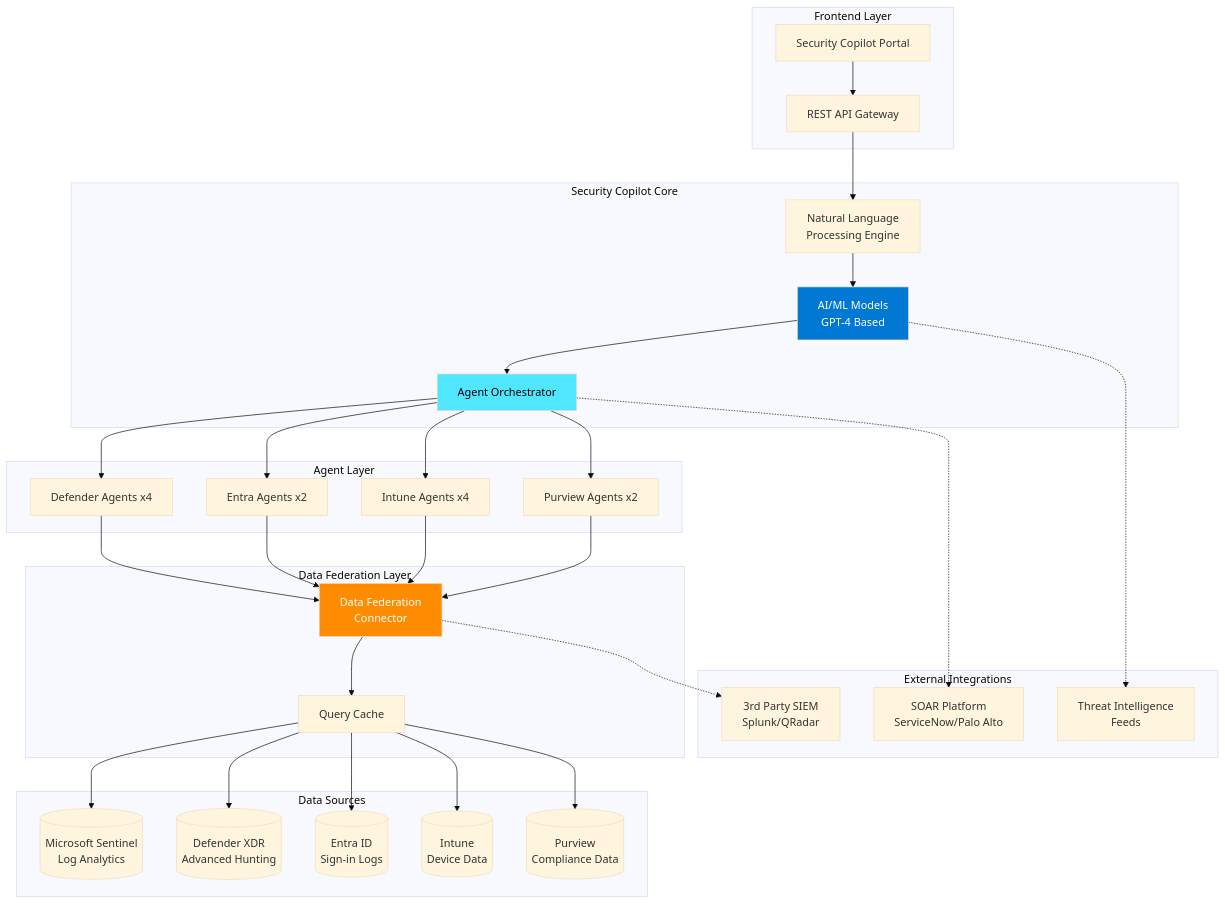
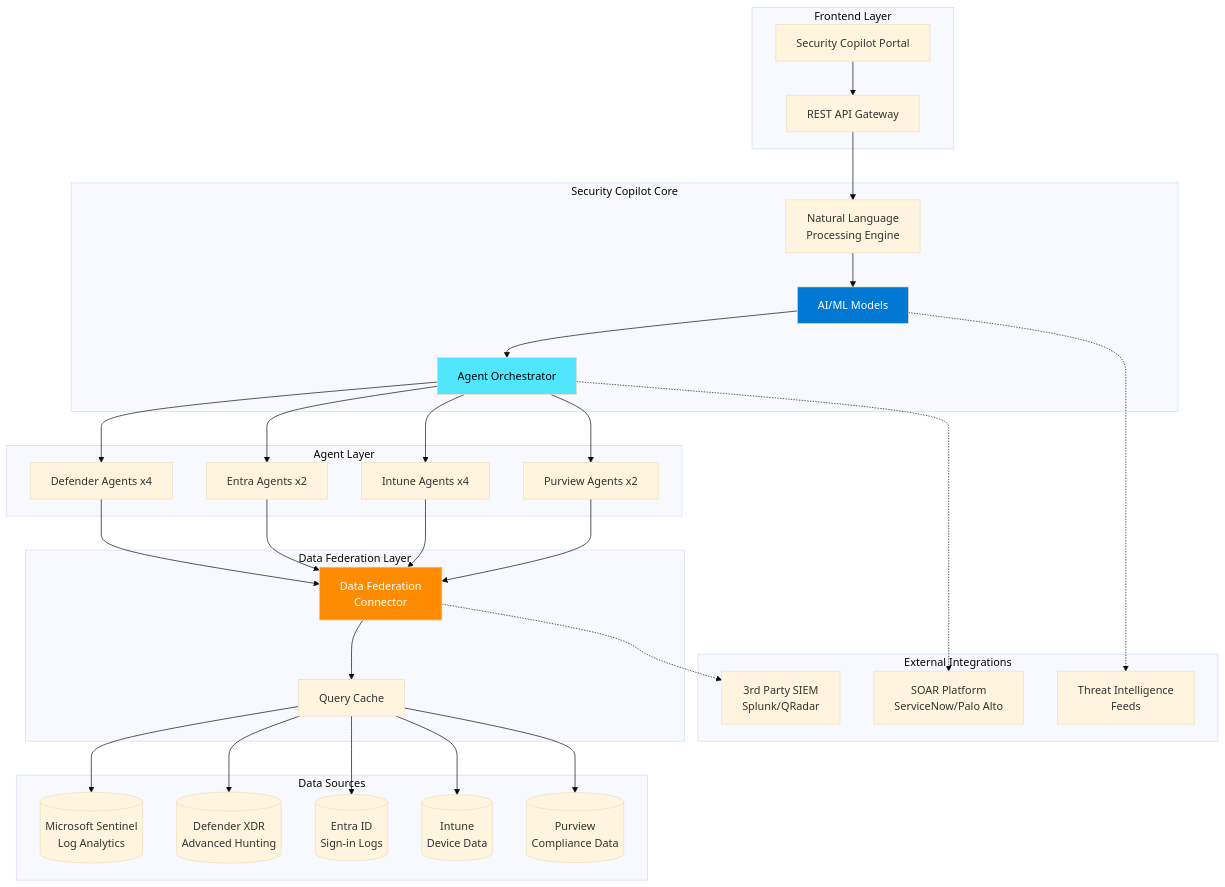
The fourth of 5 diagrams in Demo/dsfs1.md (RakeshPrasad21/Rakesh-Prasad), drawn with Mermaid (base theme) before and after one commit. The commit also changed other lines of this file, not shown here.

````diff
--- a/Demo/dsfs1.md
+++ b/Demo/dsfs1.md
@@ -304,69 +304,69 @@
 ```mermaid
 graph TB
     subgraph "Frontend Layer"
         UI[Security Copilot Portal]
         API[REST API Gateway]
     end
     
     subgraph "Security Copilot Core"
         NLP[Natural Language<br/>Processing Engine]
-        AI[AI/ML Models<br/>GPT-4 Based]
+        AI[AI/ML Models]
         ORCHESTRATOR[Agent Orchestrator]
     end
     
     subgraph "Agent Layer"
         DEFENDER_AGENTS[Defender Agents x4]
         ENTRA_AGENTS[Entra Agents x2]
         INTUNE_AGENTS[Intune Agents x4]
         PURVIEW_AGENTS[Purview Agents x2]
     end
     
     subgraph "Data Federation Layer"
         FEDERATION[Data Federation<br/>Connector]
         CACHE[Query Cache]
     end
     
     subgraph "Data Sources"
         SENTINEL_DB[(Microsoft Sentinel<br/>Log Analytics)]
         DEFENDER_DB[(Defender XDR<br/>Advanced Hunting)]
         ENTRA_DB[(Entra ID<br/>Sign-in Logs)]
         INTUNE_DB[(Intune<br/>Device Data)]
         PURVIEW_DB[(Purview<br/>Compliance Data)]
     end
     
     subgraph "External Integrations"
         SIEM[3rd Party SIEM<br/>Splunk/QRadar]
         SOAR[SOAR Platform<br/>ServiceNow/Palo Alto]
         TI[Threat Intelligence<br/>Feeds]
     end
     
     UI --> API
     API --> NLP
     NLP --> AI
     AI --> ORCHESTRATOR
     
     ORCHESTRATOR --> DEFENDER_AGENTS
     ORCHESTRATOR --> ENTRA_AGENTS
     ORCHESTRATOR --> INTUNE_AGENTS
     ORCHESTRATOR --> PURVIEW_AGENTS
     
     DEFENDER_AGENTS --> FEDERATION
     ENTRA_AGENTS --> FEDERATION
     INTUNE_AGENTS --> FEDERATION
     PURVIEW_AGENTS --> FEDERATION
     
     FEDERATION --> CACHE
     CACHE --> SENTINEL_DB
     CACHE --> DEFENDER_DB
     CACHE --> ENTRA_DB
     CACHE --> INTUNE_DB
     CACHE --> PURVIEW_DB
     
     FEDERATION -.-> SIEM
     ORCHESTRATOR -.-> SOAR
     AI -.-> TI
     
     style AI fill:#0078D4,color:#fff
     style ORCHESTRATOR fill:#50E6FF,color:#000
     style FEDERATION fill:#FF8C00,color:#fff
 ```
````
